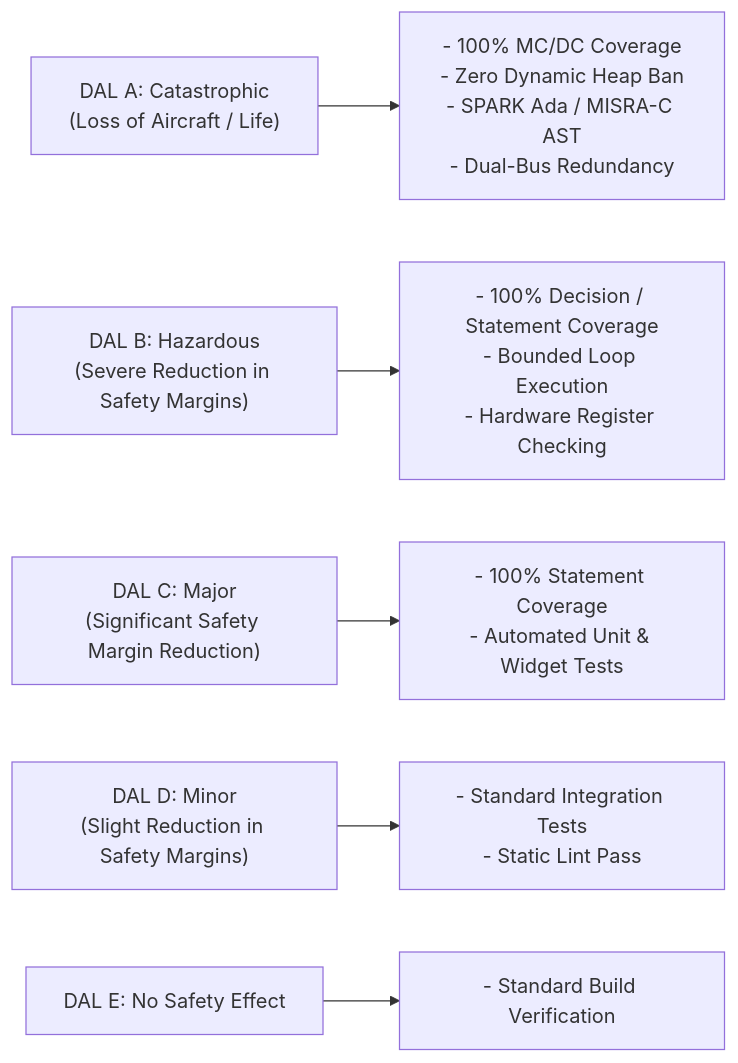
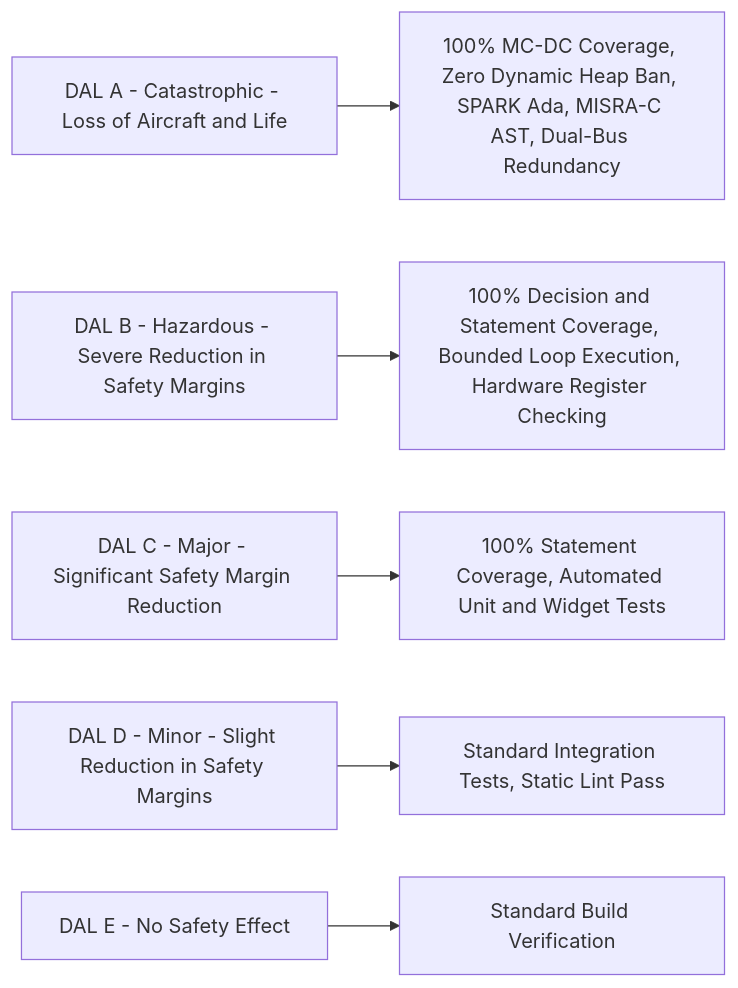
Before and after one commit to gintatkinson/DEAP-spec-core: the second of 8 diagrams in docs/architecture/blueprints/DEAP_FLIGHT_SYSTEMS_SAFETY_CONCEPT_PAPER.md, drawn with Mermaid. The commit also changed other lines of this file and 5 other files, not shown here.

````diff
--- a/docs/architecture/blueprints/DEAP_FLIGHT_SYSTEMS_SAFETY_CONCEPT_PAPER.md
+++ b/docs/architecture/blueprints/DEAP_FLIGHT_SYSTEMS_SAFETY_CONCEPT_PAPER.md
@@ -71,8 +71,8 @@
 ```mermaid
 flowchart LR
-    DAL_A["DAL A: Catastrophic\n(Loss of Aircraft / Life)"] --> DAL_A_Reqs["- 100% MC/DC Coverage\n- Zero Dynamic Heap Ban\n- SPARK Ada / MISRA-C AST\n- Dual-Bus Redundancy"]
-    DAL_B["DAL B: Hazardous\n(Severe Reduction in Safety Margins)"] --> DAL_B_Reqs["- 100% Decision / Statement Coverage\n- Bounded Loop Execution\n- Hardware Register Checking"]
-    DAL_C["DAL C: Major\n(Significant Safety Margin Reduction)"] --> DAL_C_Reqs["- 100% Statement Coverage\n- Automated Unit & Widget Tests"]
-    DAL_D["DAL D: Minor\n(Slight Reduction in Safety Margins)"] --> DAL_D_Reqs["- Standard Integration Tests\n- Static Lint Pass"]
-    DAL_E["DAL E: No Safety Effect"] --> DAL_E_Reqs["- Standard Build Verification"]
+    DAL_A["DAL A - Catastrophic - Loss of Aircraft and Life"] --> DAL_A_Reqs["100% MC-DC Coverage, Zero Dynamic Heap Ban, SPARK Ada, MISRA-C AST, Dual-Bus Redundancy"]
+    DAL_B["DAL B - Hazardous - Severe Reduction in Safety Margins"] --> DAL_B_Reqs["100% Decision and Statement Coverage, Bounded Loop Execution, Hardware Register Checking"]
+    DAL_C["DAL C - Major - Significant Safety Margin Reduction"] --> DAL_C_Reqs["100% Statement Coverage, Automated Unit and Widget Tests"]
+    DAL_D["DAL D - Minor - Slight Reduction in Safety Margins"] --> DAL_D_Reqs["Standard Integration Tests, Static Lint Pass"]
+    DAL_E["DAL E - No Safety Effect"] --> DAL_E_Reqs["Standard Build Verification"]
 ```
````
